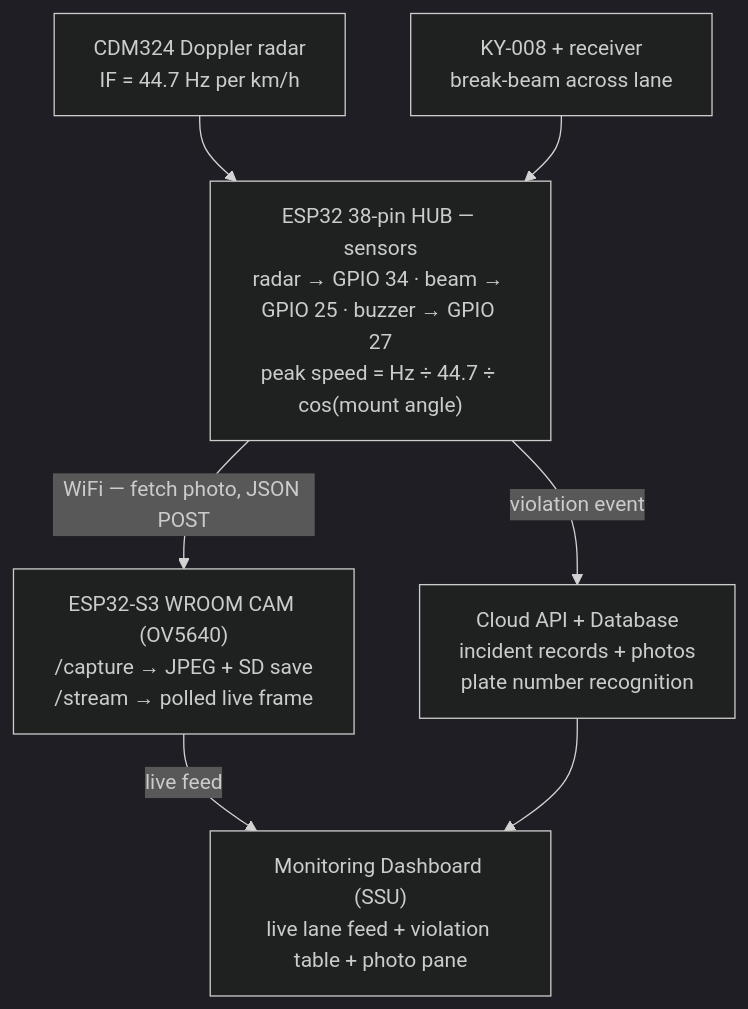
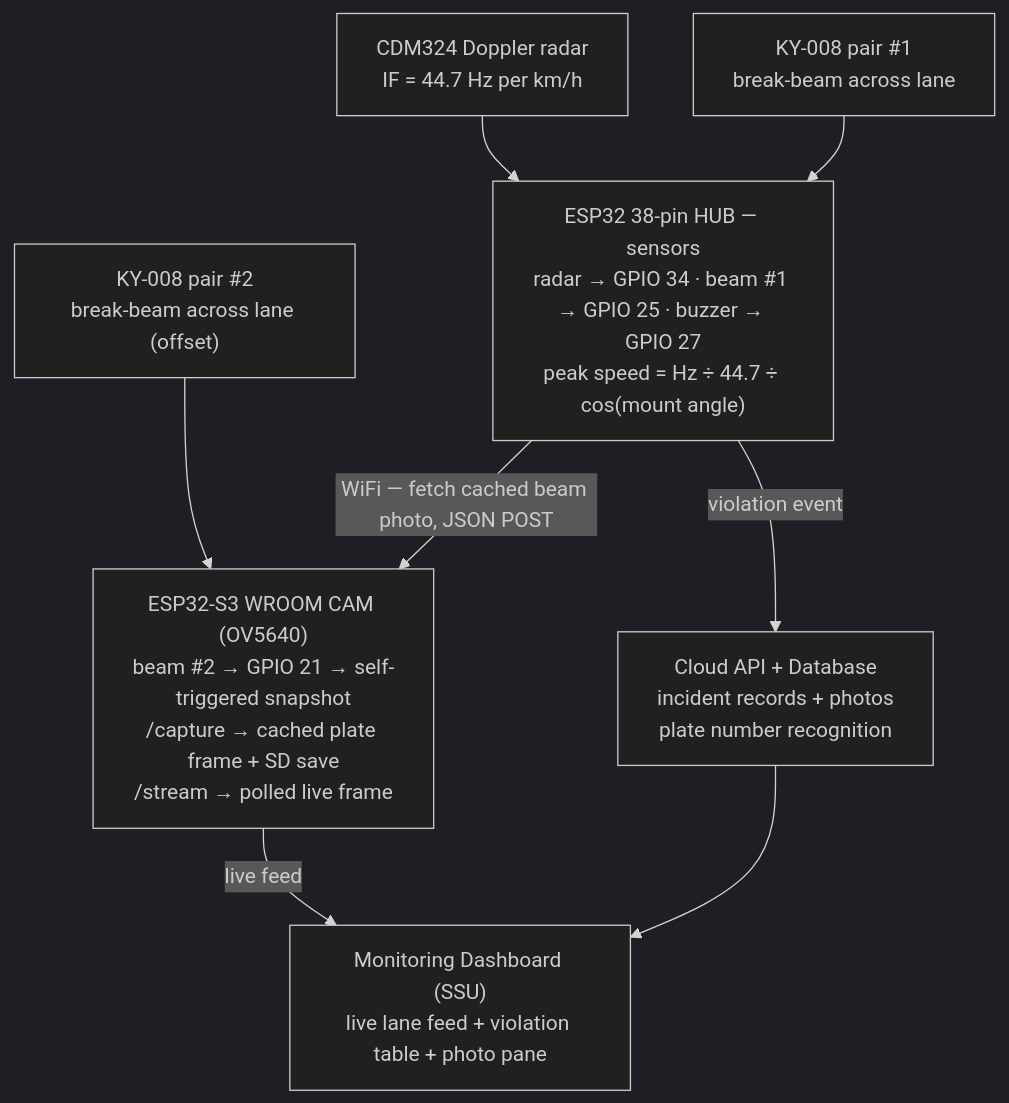
Before and after one commit to qppd/safeway: the diagram in README.md, drawn with Mermaid (dark theme). The commit also changed other lines of this file and 11 other files, not shown here.

First line of the commit message:
Split power: 4 supplies, dual far-post beams, CAM self-trigger

````diff
--- a/README.md
+++ b/README.md
@@ -81,16 +82,18 @@
 ```mermaid
 flowchart TB
     RADAR["CDM324 Doppler radar<br/>IF = 44.7 Hz per km/h"]
-    BEAM["KY-008 + receiver<br/>break-beam across lane"]
-    HUB["ESP32 38-pin HUB — sensors<br/>radar → GPIO 34 · beam → GPIO 25 · buzzer → GPIO 27<br/>peak speed = Hz ÷ 44.7 ÷ cos(mount angle)"]
-    CAM["ESP32-S3 WROOM CAM (OV5640)<br/>/capture → JPEG + SD save<br/>/stream → polled live frame"]
+    BEAM1["KY-008 pair #1<br/>break-beam across lane"]
+    BEAM2["KY-008 pair #2<br/>break-beam across lane (offset)"]
+    HUB["ESP32 38-pin HUB — sensors<br/>radar → GPIO 34 · beam #1 → GPIO 25 · buzzer → GPIO 27<br/>peak speed = Hz ÷ 44.7 ÷ cos(mount angle)"]
+    CAM["ESP32-S3 WROOM CAM (OV5640)<br/>beam #2 → GPIO 21 → self-triggered snapshot<br/>/capture → cached plate frame + SD save<br/>/stream → polled live frame"]
     API["Cloud API + Database<br/>incident records + photos<br/>plate number recognition"]
     DASH["Monitoring Dashboard (SSU)<br/>live lane feed + violation table + photo pane"]
 
     RADAR --> HUB
-    BEAM --> HUB
-    HUB -- "WiFi — fetch photo, JSON POST" --> CAM
+    BEAM1 --> HUB
+    BEAM2 --> CAM
+    HUB -- "WiFi — fetch cached beam photo, JSON POST" --> CAM
     HUB -- "violation event" --> API
     CAM -- "live feed" --> DASH
     API --> DASH
 ```
````
